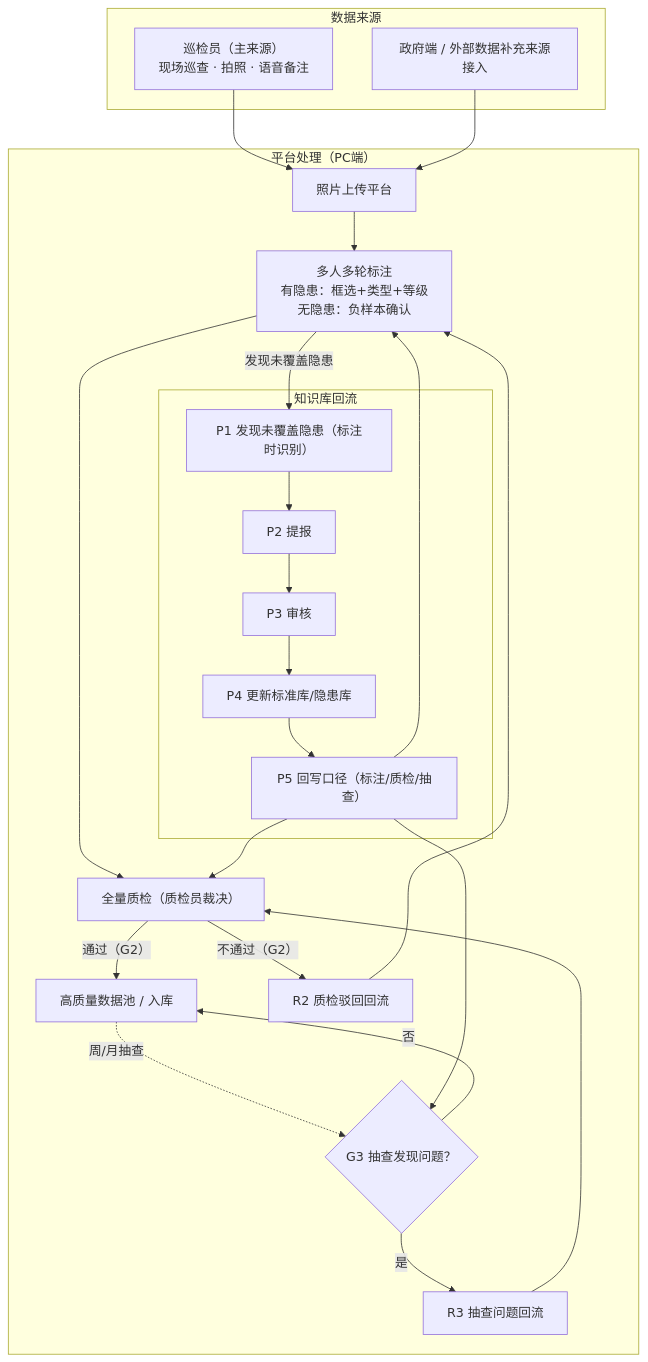
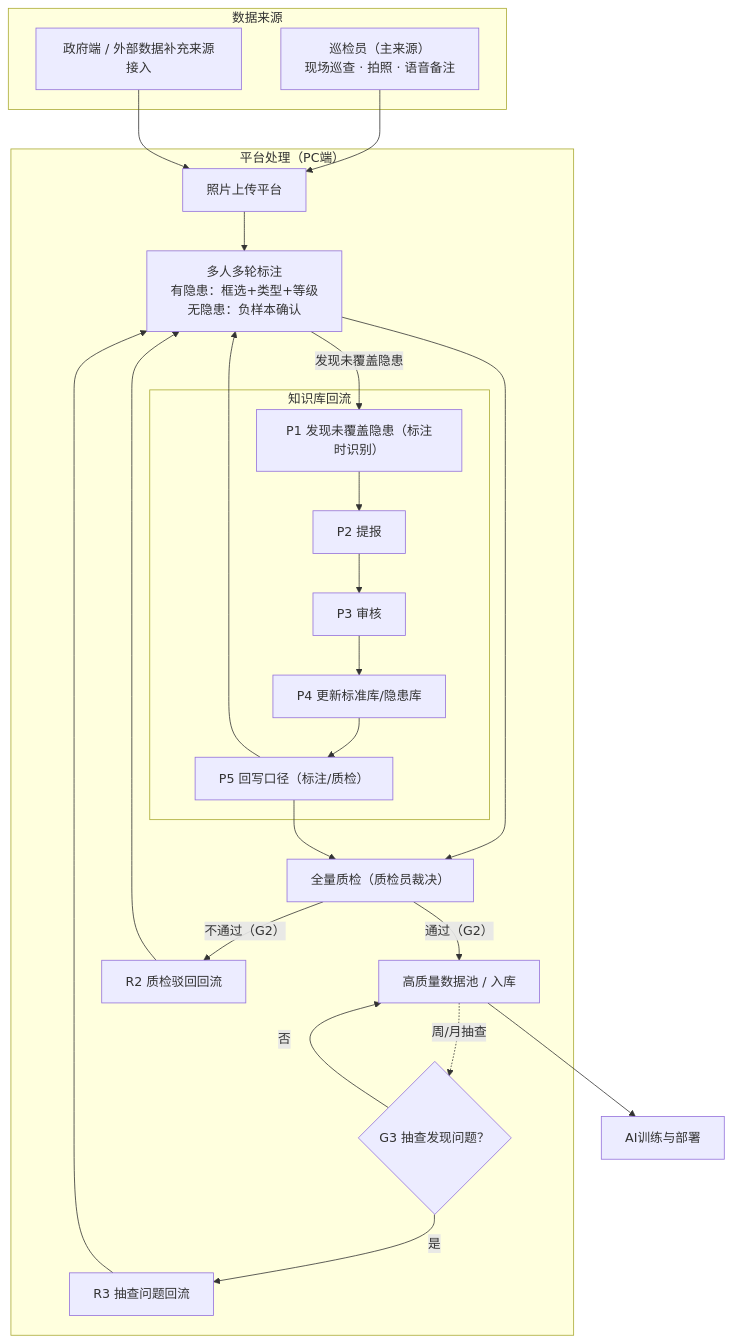
The diagram in 数据治理平台-Mermaid.mmd (zhudan930612/Data-governance), drawn with Mermaid before and after one commit. The commit also changed 1 other file, not shown here.

```diff
--- a/数据治理平台-Mermaid.mmd
+++ b/数据治理平台-Mermaid.mmd
@@ -1,35 +1,36 @@
 %%{init: {'theme':'mc'}}%%
 flowchart TD
     subgraph SRC ["数据来源"]
         A1["巡检员（主来源）<br/>现场巡查 · 拍照 · 语音备注"]
         A2["政府端 / 外部数据补充来源接入"]
     end
 
     A1 --> B["照片上传平台"]
     A2 --> B
 
     subgraph PLT ["平台处理（PC端）"]
         B --> E["多人多轮标注<br/>有隐患：框选+类型+等级<br/>无隐患：负样本确认"]
         E --> G["全量质检（质检员裁决）"]
         G -->|"通过（G2）"| H["高质量数据池 / 入库"]
         G -->|"不通过（G2）"| R2["R2 质检驳回回流"]
         R2 --> E
         H -.->|"周/月抽查"| G3{"G3 抽查发现问题？"}
         G3 -->|"是"| R3["R3 抽查问题回流"]
-        R3 --> G
+        R3 --> E
 
         subgraph LOOP ["知识库回流"]
             U["P1 发现未覆盖隐患（标注时识别）"]
             U --> V["P2 提报"]
             V --> W["P3 审核"]
             W --> X["P4 更新标准库/隐患库"]
-            X --> Y["P5 回写口径（标注/质检/抽查）"]
+            X --> Y["P5 回写口径（标注/质检）"]
         end
 
         E -->|"发现未覆盖隐患"| U
         Y --> E
         Y --> G
-        Y --> G3
     end
 
     G3 -->|"否"| H
+
+    H --> M["AI训练与部署"]
```
